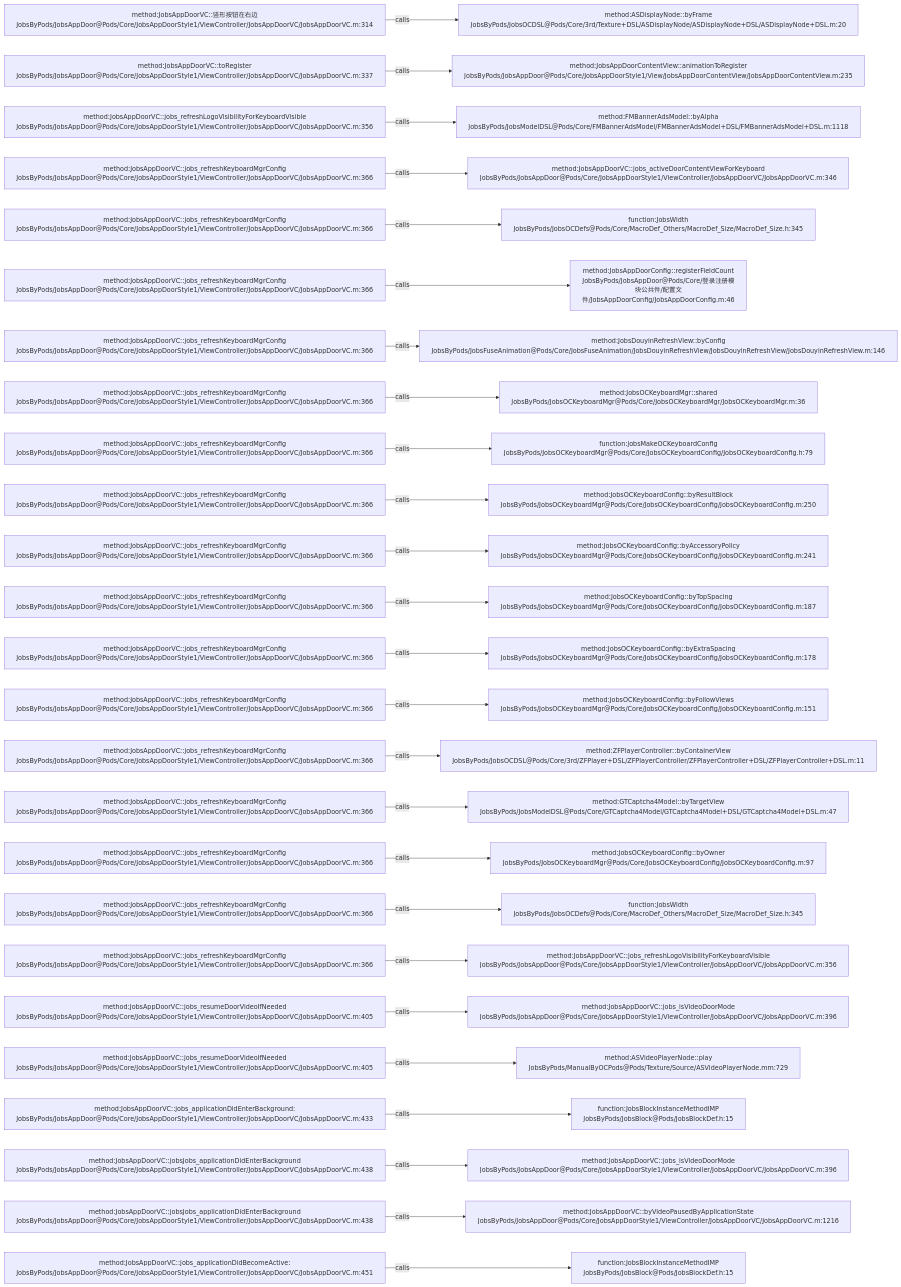
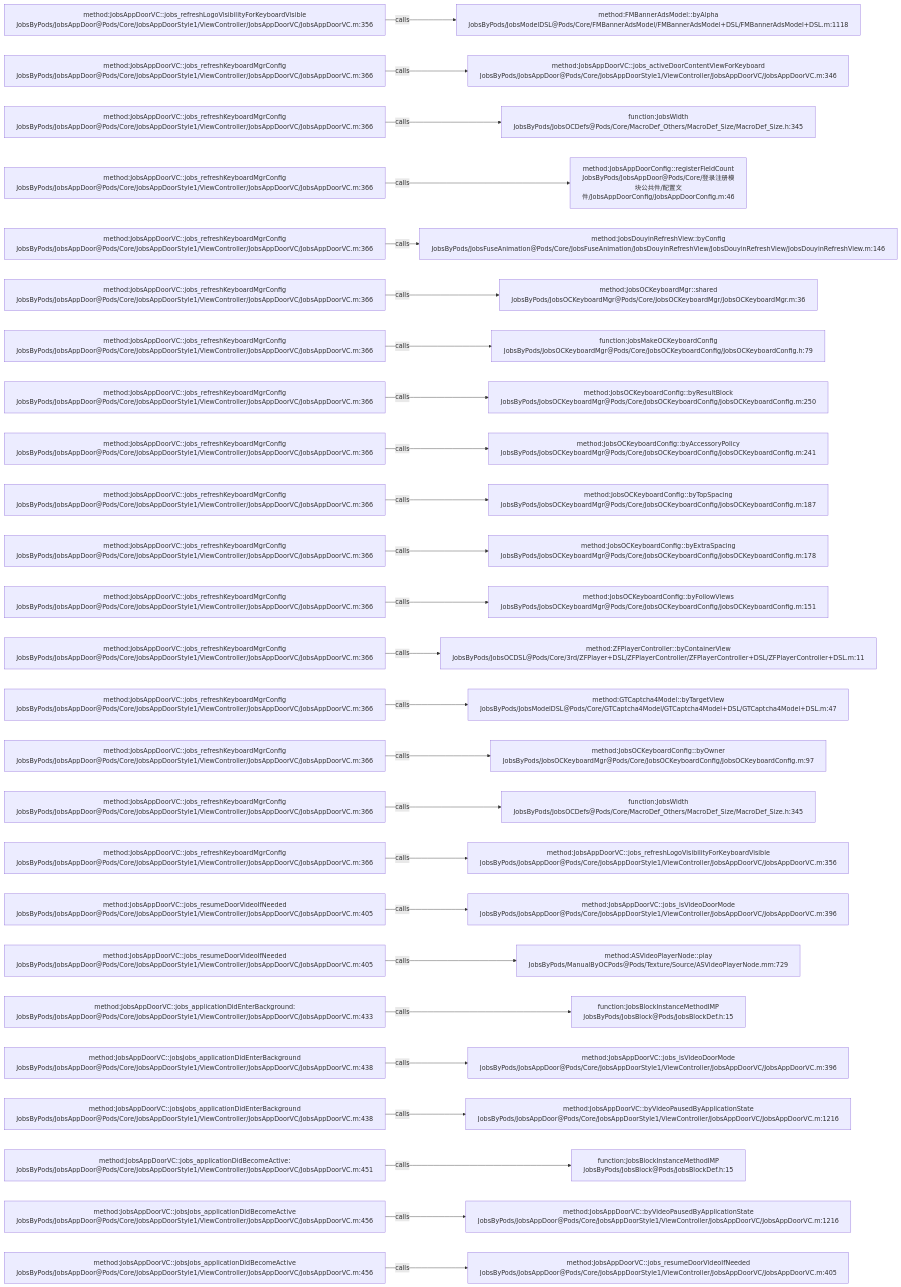
Before and after one commit to JobsKits/JobsOCBaseConfigDemo: the diagram in .codegraph/codegraph.md/graphs/calls-107.md, drawn with Mermaid. The commit also changed 116 other files, not shown here.

````diff
--- a/.codegraph/codegraph.md/graphs/calls-107.md
+++ b/.codegraph/codegraph.md/graphs/calls-107.md
@@ -13,78 +13,78 @@
 ```mermaid
 flowchart LR
-  S1["method:JobsAppDoorVC::竖形按钮在右边<br/>JobsByPods/JobsAppDoor@Pods/Core/JobsAppDoorStyle1/ViewController/JobsAppDoorVC/JobsAppDoorVC.m:314"]
-  T1["method:ASDisplayNode::byFrame<br/>JobsByPods/JobsOCDSL@Pods/Core/3rd/Texture+DSL/ASDisplayNode/ASDisplayNode+DSL/ASDisplayNode+DSL.m:20"]
+  S1["method:JobsAppDoorVC::jobs_refreshLogoVisibilityForKeyboardVisible<br/>JobsByPods/JobsAppDoor@Pods/Core/JobsAppDoorStyle1/ViewController/JobsAppDoorVC/JobsAppDoorVC.m:356"]
+  T1["method:FMBannerAdsModel::byAlpha<br/>JobsByPods/JobsModelDSL@Pods/Core/FMBannerAdsModel/FMBannerAdsModel+DSL/FMBannerAdsModel+DSL.m:1118"]
   S1 -->|calls| T1
-  S2["method:JobsAppDoorVC::toRegister<br/>JobsByPods/JobsAppDoor@Pods/Core/JobsAppDoorStyle1/ViewController/JobsAppDoorVC/JobsAppDoorVC.m:337"]
-  T2["method:JobsAppDoorContentView::animationToRegister<br/>JobsByPods/JobsAppDoor@Pods/Core/JobsAppDoorStyle1/View/JobsAppDoorContentView/JobsAppDoorContentView.m:235"]
+  S2["method:JobsAppDoorVC::jobs_refreshKeyboardMgrConfig<br/>JobsByPods/JobsAppDoor@Pods/Core/JobsAppDoorStyle1/ViewController/JobsAppDoorVC/JobsAppDoorVC.m:366"]
+  T2["method:JobsAppDoorVC::jobs_activeDoorContentViewForKeyboard<br/>JobsByPods/JobsAppDoor@Pods/Core/JobsAppDoorStyle1/ViewController/JobsAppDoorVC/JobsAppDoorVC.m:346"]
   S2 -->|calls| T2
-  S3["method:JobsAppDoorVC::jobs_refreshLogoVisibilityForKeyboardVisible<br/>JobsByPods/JobsAppDoor@Pods/Core/JobsAppDoorStyle1/ViewController/JobsAppDoorVC/JobsAppDoorVC.m:356"]
-  T3["method:FMBannerAdsModel::byAlpha<br/>JobsByPods/JobsModelDSL@Pods/Core/FMBannerAdsModel/FMBannerAdsModel+DSL/FMBannerAdsModel+DSL.m:1118"]
+  S3["method:JobsAppDoorVC::jobs_refreshKeyboardMgrConfig<br/>JobsByPods/JobsAppDoor@Pods/Core/JobsAppDoorStyle1/ViewController/JobsAppDoorVC/JobsAppDoorVC.m:366"]
+  T3["function:JobsWidth<br/>JobsByPods/JobsOCDefs@Pods/Core/MacroDef_Others/MacroDef_Size/MacroDef_Size.h:345"]
   S3 -->|calls| T3
   S4["method:JobsAppDoorVC::jobs_refreshKeyboardMgrConfig<br/>JobsByPods/JobsAppDoor@Pods/Core/JobsAppDoorStyle1/ViewController/JobsAppDoorVC/JobsAppDoorVC.m:366"]
-  T4["method:JobsAppDoorVC::jobs_activeDoorContentViewForKeyboard<br/>JobsByPods/JobsAppDoor@Pods/Core/JobsAppDoorStyle1/ViewController/JobsAppDoorVC/JobsAppDoorVC.m:346"]
+  T4["method:JobsAppDoorConfig::registerFieldCount<br/>JobsByPods/JobsAppDoor@Pods/Core/登录注册模块公共件/配置文件/JobsAppDoorConfig/JobsAppDoorConfig.m:46"]
   S4 -->|calls| T4
   S5["method:JobsAppDoorVC::jobs_refreshKeyboardMgrConfig<br/>JobsByPods/JobsAppDoor@Pods/Core/JobsAppDoorStyle1/ViewController/JobsAppDoorVC/JobsAppDoorVC.m:366"]
-  T5["function:JobsWidth<br/>JobsByPods/JobsOCDefs@Pods/Core/MacroDef_Others/MacroDef_Size/MacroDef_Size.h:345"]
+  T5["method:JobsDouyinRefreshView::byConfig<br/>JobsByPods/JobsFuseAnimation@Pods/Core/JobsFuseAnimation/JobsDouyinRefreshView/JobsDouyinRefreshView/JobsDouyinRefreshView.m:146"]
   S5 -->|calls| T5
   S6["method:JobsAppDoorVC::jobs_refreshKeyboardMgrConfig<br/>JobsByPods/JobsAppDoor@Pods/Core/JobsAppDoorStyle1/ViewController/JobsAppDoorVC/JobsAppDoorVC.m:366"]
-  T6["method:JobsAppDoorConfig::registerFieldCount<br/>JobsByPods/JobsAppDoor@Pods/Core/登录注册模块公共件/配置文件/JobsAppDoorConfig/JobsAppDoorConfig.m:46"]
+  T6["method:JobsOCKeyboardMgr::shared<br/>JobsByPods/JobsOCKeyboardMgr@Pods/Core/JobsOCKeyboardMgr/JobsOCKeyboardMgr.m:36"]
   S6 -->|calls| T6
   S7["method:JobsAppDoorVC::jobs_refreshKeyboardMgrConfig<br/>JobsByPods/JobsAppDoor@Pods/Core/JobsAppDoorStyle1/ViewController/JobsAppDoorVC/JobsAppDoorVC.m:366"]
-  T7["method:JobsDouyinRefreshView::byConfig<br/>JobsByPods/JobsFuseAnimation@Pods/Core/JobsFuseAnimation/JobsDouyinRefreshView/JobsDouyinRefreshView/JobsDouyinRefreshView.m:146"]
+  T7["function:jobsMakeOCKeyboardConfig<br/>JobsByPods/JobsOCKeyboardMgr@Pods/Core/JobsOCKeyboardConfig/JobsOCKeyboardConfig.h:79"]
   S7 -->|calls| T7
   S8["method:JobsAppDoorVC::jobs_refreshKeyboardMgrConfig<br/>JobsByPods/JobsAppDoor@Pods/Core/JobsAppDoorStyle1/ViewController/JobsAppDoorVC/JobsAppDoorVC.m:366"]
-  T8["method:JobsOCKeyboardMgr::shared<br/>JobsByPods/JobsOCKeyboardMgr@Pods/Core/JobsOCKeyboardMgr/JobsOCKeyboardMgr.m:36"]
+  T8["method:JobsOCKeyboardConfig::byResultBlock<br/>JobsByPods/JobsOCKeyboardMgr@Pods/Core/JobsOCKeyboardConfig/JobsOCKeyboardConfig.m:250"]
   S8 -->|calls| T8
   S9["method:JobsAppDoorVC::jobs_refreshKeyboardMgrConfig<br/>JobsByPods/JobsAppDoor@Pods/Core/JobsAppDoorStyle1/ViewController/JobsAppDoorVC/JobsAppDoorVC.m:366"]
-  T9["function:jobsMakeOCKeyboardConfig<br/>JobsByPods/JobsOCKeyboardMgr@Pods/Core/JobsOCKeyboardConfig/JobsOCKeyboardConfig.h:79"]
+  T9["method:JobsOCKeyboardConfig::byAccessoryPolicy<br/>JobsByPods/JobsOCKeyboardMgr@Pods/Core/JobsOCKeyboardConfig/JobsOCKeyboardConfig.m:241"]
   S9 -->|calls| T9
   S10["method:JobsAppDoorVC::jobs_refreshKeyboardMgrConfig<br/>JobsByPods/JobsAppDoor@Pods/Core/JobsAppDoorStyle1/ViewController/JobsAppDoorVC/JobsAppDoorVC.m:366"]
-  T10["method:JobsOCKeyboardConfig::byResultBlock<br/>JobsByPods/JobsOCKeyboardMgr@Pods/Core/JobsOCKeyboardConfig/JobsOCKeyboardConfig.m:250"]
+  T10["method:JobsOCKeyboardConfig::byTopSpacing<br/>JobsByPods/JobsOCKeyboardMgr@Pods/Core/JobsOCKeyboardConfig/JobsOCKeyboardConfig.m:187"]
   S10 -->|calls| T10
   S11["method:JobsAppDoorVC::jobs_refreshKeyboardMgrConfig<br/>JobsByPods/JobsAppDoor@Pods/Core/JobsAppDoorStyle1/ViewController/JobsAppDoorVC/JobsAppDoorVC.m:366"]
-  T11["method:JobsOCKeyboardConfig::byAccessoryPolicy<br/>JobsByPods/JobsOCKeyboardMgr@Pods/Core/JobsOCKeyboardConfig/JobsOCKeyboardConfig.m:241"]
+  T11["method:JobsOCKeyboardConfig::byExtraSpacing<br/>JobsByPods/JobsOCKeyboardMgr@Pods/Core/JobsOCKeyboardConfig/JobsOCKeyboardConfig.m:178"]
   S11 -->|calls| T11
   S12["method:JobsAppDoorVC::jobs_refreshKeyboardMgrConfig<br/>JobsByPods/JobsAppDoor@Pods/Core/JobsAppDoorStyle1/ViewController/JobsAppDoorVC/JobsAppDoorVC.m:366"]
-  T12["method:JobsOCKeyboardConfig::byTopSpacing<br/>JobsByPods/JobsOCKeyboardMgr@Pods/Core/JobsOCKeyboardConfig/JobsOCKeyboardConfig.m:187"]
+  T12["method:JobsOCKeyboardConfig::byFollowViews<br/>JobsByPods/JobsOCKeyboardMgr@Pods/Core/JobsOCKeyboardConfig/JobsOCKeyboardConfig.m:151"]
   S12 -->|calls| T12
   S13["method:JobsAppDoorVC::jobs_refreshKeyboardMgrConfig<br/>JobsByPods/JobsAppDoor@Pods/Core/JobsAppDoorStyle1/ViewController/JobsAppDoorVC/JobsAppDoorVC.m:366"]
-  T13["method:JobsOCKeyboardConfig::byExtraSpacing<br/>JobsByPods/JobsOCKeyboardMgr@Pods/Core/JobsOCKeyboardConfig/JobsOCKeyboardConfig.m:178"]
+  T13["method:ZFPlayerController::byContainerView<br/>JobsByPods/JobsOCDSL@Pods/Core/3rd/ZFPlayer+DSL/ZFPlayerController/ZFPlayerController+DSL/ZFPlayerController+DSL.m:11"]
   S13 -->|calls| T13
   S14["method:JobsAppDoorVC::jobs_refreshKeyboardMgrConfig<br/>JobsByPods/JobsAppDoor@Pods/Core/JobsAppDoorStyle1/ViewController/JobsAppDoorVC/JobsAppDoorVC.m:366"]
-  T14["method:JobsOCKeyboardConfig::byFollowViews<br/>JobsByPods/JobsOCKeyboardMgr@Pods/Core/JobsOCKeyboardConfig/JobsOCKeyboardConfig.m:151"]
+  T14["method:GTCaptcha4Model::byTargetView<br/>JobsByPods/JobsModelDSL@Pods/Core/GTCaptcha4Model/GTCaptcha4Model+DSL/GTCaptcha4Model+DSL.m:47"]
   S14 -->|calls| T14
   S15["method:JobsAppDoorVC::jobs_refreshKeyboardMgrConfig<br/>JobsByPods/JobsAppDoor@Pods/Core/JobsAppDoorStyle1/ViewController/JobsAppDoorVC/JobsAppDoorVC.m:366"]
-  T15["method:ZFPlayerController::byContainerView<br/>JobsByPods/JobsOCDSL@Pods/Core/3rd/ZFPlayer+DSL/ZFPlayerController/ZFPlayerController+DSL/ZFPlayerController+DSL.m:11"]
+  T15["method:JobsOCKeyboardConfig::byOwner<br/>JobsByPods/JobsOCKeyboardMgr@Pods/Core/JobsOCKeyboardConfig/JobsOCKeyboardConfig.m:97"]
   S15 -->|calls| T15
   S16["method:JobsAppDoorVC::jobs_refreshKeyboardMgrConfig<br/>JobsByPods/JobsAppDoor@Pods/Core/JobsAppDoorStyle1/ViewController/JobsAppDoorVC/JobsAppDoorVC.m:366"]
-  T16["method:GTCaptcha4Model::byTargetView<br/>JobsByPods/JobsModelDSL@Pods/Core/GTCaptcha4Model/GTCaptcha4Model+DSL/GTCaptcha4Model+DSL.m:47"]
+  T16["function:JobsWidth<br/>JobsByPods/JobsOCDefs@Pods/Core/MacroDef_Others/MacroDef_Size/MacroDef_Size.h:345"]
   S16 -->|calls| T16
   S17["method:JobsAppDoorVC::jobs_refreshKeyboardMgrConfig<br/>JobsByPods/JobsAppDoor@Pods/Core/JobsAppDoorStyle1/ViewController/JobsAppDoorVC/JobsAppDoorVC.m:366"]
-  T17["method:JobsOCKeyboardConfig::byOwner<br/>JobsByPods/JobsOCKeyboardMgr@Pods/Core/JobsOCKeyboardConfig/JobsOCKeyboardConfig.m:97"]
+  T17["method:JobsAppDoorVC::jobs_refreshLogoVisibilityForKeyboardVisible<br/>JobsByPods/JobsAppDoor@Pods/Core/JobsAppDoorStyle1/ViewController/JobsAppDoorVC/JobsAppDoorVC.m:356"]
   S17 -->|calls| T17
-  S18["method:JobsAppDoorVC::jobs_refreshKeyboardMgrConfig<br/>JobsByPods/JobsAppDoor@Pods/Core/JobsAppDoorStyle1/ViewController/JobsAppDoorVC/JobsAppDoorVC.m:366"]
-  T18["function:JobsWidth<br/>JobsByPods/JobsOCDefs@Pods/Core/MacroDef_Others/MacroDef_Size/MacroDef_Size.h:345"]
+  S18["method:JobsAppDoorVC::jobs_resumeDoorVideoIfNeeded<br/>JobsByPods/JobsAppDoor@Pods/Core/JobsAppDoorStyle1/ViewController/JobsAppDoorVC/JobsAppDoorVC.m:405"]
+  T18["method:JobsAppDoorVC::jobs_isVideoDoorMode<br/>JobsByPods/JobsAppDoor@Pods/Core/JobsAppDoorStyle1/ViewController/JobsAppDoorVC/JobsAppDoorVC.m:396"]
   S18 -->|calls| T18
-  S19["method:JobsAppDoorVC::jobs_refreshKeyboardMgrConfig<br/>JobsByPods/JobsAppDoor@Pods/Core/JobsAppDoorStyle1/ViewController/JobsAppDoorVC/JobsAppDoorVC.m:366"]
-  T19["method:JobsAppDoorVC::jobs_refreshLogoVisibilityForKeyboardVisible<br/>JobsByPods/JobsAppDoor@Pods/Core/JobsAppDoorStyle1/ViewController/JobsAppDoorVC/JobsAppDoorVC.m:356"]
+  S19["method:JobsAppDoorVC::jobs_resumeDoorVideoIfNeeded<br/>JobsByPods/JobsAppDoor@Pods/Core/JobsAppDoorStyle1/ViewController/JobsAppDoorVC/JobsAppDoorVC.m:405"]
+  T19["method:ASVideoPlayerNode::play<br/>JobsByPods/ManualByOCPods@Pods/Texture/Source/ASVideoPlayerNode.mm:729"]
   S19 -->|calls| T19
-  S20["method:JobsAppDoorVC::jobs_resumeDoorVideoIfNeeded<br/>JobsByPods/JobsAppDoor@Pods/Core/JobsAppDoorStyle1/ViewController/JobsAppDoorVC/JobsAppDoorVC.m:405"]
-  T20["method:JobsAppDoorVC::jobs_isVideoDoorMode<br/>JobsByPods/JobsAppDoor@Pods/Core/JobsAppDoorStyle1/ViewController/JobsAppDoorVC/JobsAppDoorVC.m:396"]
+  S20["method:JobsAppDoorVC::jobs_applicationDidEnterBackground:<br/>JobsByPods/JobsAppDoor@Pods/Core/JobsAppDoorStyle1/ViewController/JobsAppDoorVC/JobsAppDoorVC.m:433"]
+  T20["function:JobsBlockInstanceMethodIMP<br/>JobsByPods/JobsBlock@Pods/JobsBlockDef.h:15"]
   S20 -->|calls| T20
-  S21["method:JobsAppDoorVC::jobs_resumeDoorVideoIfNeeded<br/>JobsByPods/JobsAppDoor@Pods/Core/JobsAppDoorStyle1/ViewController/JobsAppDoorVC/JobsAppDoorVC.m:405"]
-  T21["method:ASVideoPlayerNode::play<br/>JobsByPods/ManualByOCPods@Pods/Texture/Source/ASVideoPlayerNode.mm:729"]
+  S21["method:JobsAppDoorVC::jobsJobs_applicationDidEnterBackground<br/>JobsByPods/JobsAppDoor@Pods/Core/JobsAppDoorStyle1/ViewController/JobsAppDoorVC/JobsAppDoorVC.m:438"]
+  T21["method:JobsAppDoorVC::jobs_isVideoDoorMode<br/>JobsByPods/JobsAppDoor@Pods/Core/JobsAppDoorStyle1/ViewController/JobsAppDoorVC/JobsAppDoorVC.m:396"]
   S21 -->|calls| T21
-  S22["method:JobsAppDoorVC::jobs_applicationDidEnterBackground:<br/>JobsByPods/JobsAppDoor@Pods/Core/JobsAppDoorStyle1/ViewController/JobsAppDoorVC/JobsAppDoorVC.m:433"]
-  T22["function:JobsBlockInstanceMethodIMP<br/>JobsByPods/JobsBlock@Pods/JobsBlockDef.h:15"]
+  S22["method:JobsAppDoorVC::jobsJobs_applicationDidEnterBackground<br/>JobsByPods/JobsAppDoor@Pods/Core/JobsAppDoorStyle1/ViewController/JobsAppDoorVC/JobsAppDoorVC.m:438"]
+  T22["method:JobsAppDoorVC::byVideoPausedByApplicationState<br/>JobsByPods/JobsAppDoor@Pods/Core/JobsAppDoorStyle1/ViewController/JobsAppDoorVC/JobsAppDoorVC.m:1216"]
   S22 -->|calls| T22
-  S23["method:JobsAppDoorVC::jobsJobs_applicationDidEnterBackground<br/>JobsByPods/JobsAppDoor@Pods/Core/JobsAppDoorStyle1/ViewController/JobsAppDoorVC/JobsAppDoorVC.m:438"]
-  T23["method:JobsAppDoorVC::jobs_isVideoDoorMode<br/>JobsByPods/JobsAppDoor@Pods/Core/JobsAppDoorStyle1/ViewController/JobsAppDoorVC/JobsAppDoorVC.m:396"]
+  S23["method:JobsAppDoorVC::jobs_applicationDidBecomeActive:<br/>JobsByPods/JobsAppDoor@Pods/Core/JobsAppDoorStyle1/ViewController/JobsAppDoorVC/JobsAppDoorVC.m:451"]
+  T23["function:JobsBlockInstanceMethodIMP<br/>JobsByPods/JobsBlock@Pods/JobsBlockDef.h:15"]
   S23 -->|calls| T23
-  S24["method:JobsAppDoorVC::jobsJobs_applicationDidEnterBackground<br/>JobsByPods/JobsAppDoor@Pods/Core/JobsAppDoorStyle1/ViewController/JobsAppDoorVC/JobsAppDoorVC.m:438"]
+  S24["method:JobsAppDoorVC::jobsJobs_applicationDidBecomeActive<br/>JobsByPods/JobsAppDoor@Pods/Core/JobsAppDoorStyle1/ViewController/JobsAppDoorVC/JobsAppDoorVC.m:456"]
   T24["method:JobsAppDoorVC::byVideoPausedByApplicationState<br/>JobsByPods/JobsAppDoor@Pods/Core/JobsAppDoorStyle1/ViewController/JobsAppDoorVC/JobsAppDoorVC.m:1216"]
   S24 -->|calls| T24
-  S25["method:JobsAppDoorVC::jobs_applicationDidBecomeActive:<br/>JobsByPods/JobsAppDoor@Pods/Core/JobsAppDoorStyle1/ViewController/JobsAppDoorVC/JobsAppDoorVC.m:451"]
-  T25["function:JobsBlockInstanceMethodIMP<br/>JobsByPods/JobsBlock@Pods/JobsBlockDef.h:15"]
+  S25["method:JobsAppDoorVC::jobsJobs_applicationDidBecomeActive<br/>JobsByPods/JobsAppDoor@Pods/Core/JobsAppDoorStyle1/ViewController/JobsAppDoorVC/JobsAppDoorVC.m:456"]
+  T25["method:JobsAppDoorVC::jobs_resumeDoorVideoIfNeeded<br/>JobsByPods/JobsAppDoor@Pods/Core/JobsAppDoorStyle1/ViewController/JobsAppDoorVC/JobsAppDoorVC.m:405"]
   S25 -->|calls| T25
 ```
````
